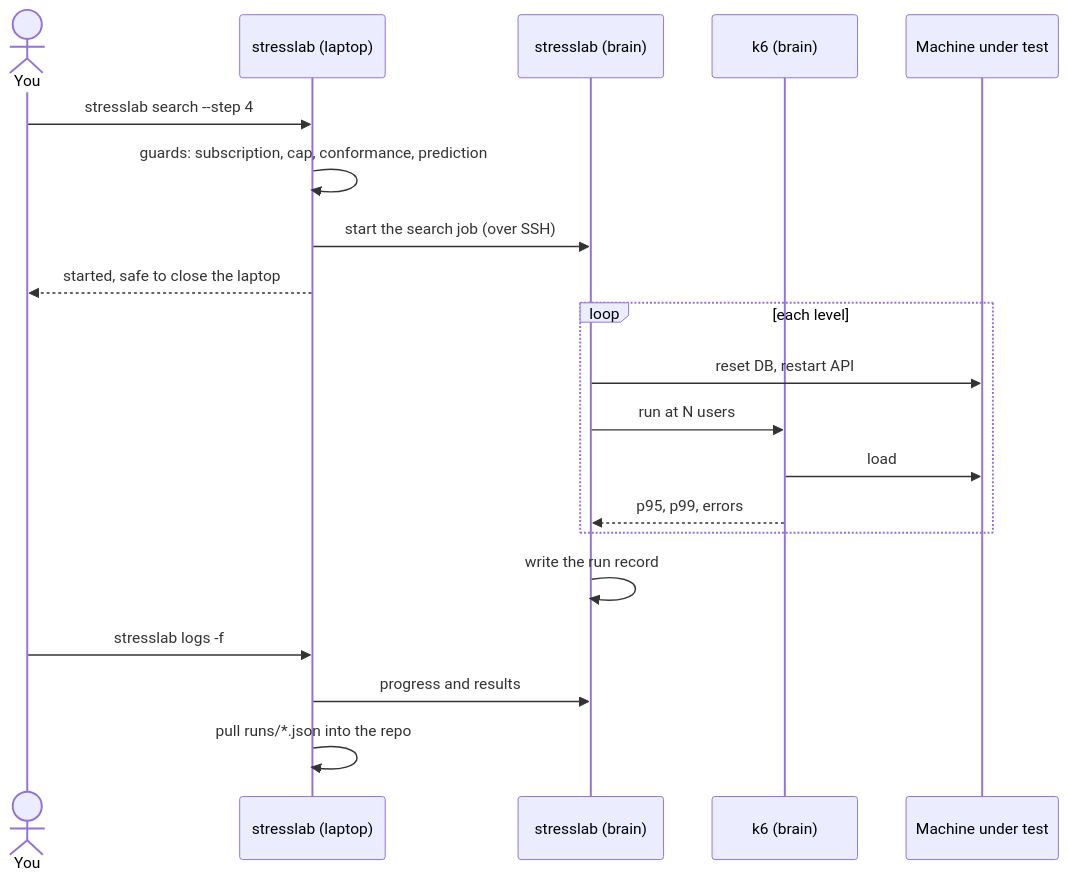
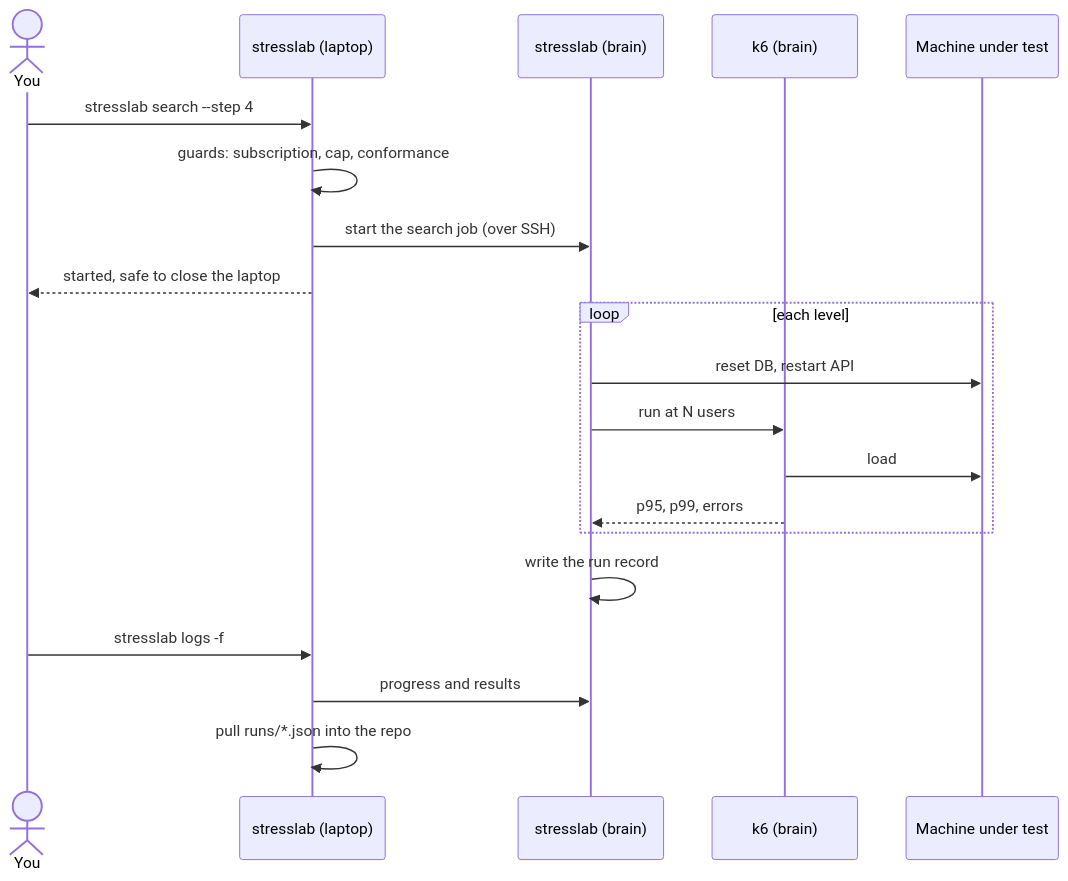
One commit to adssib/StressLab changed the sixth of 6 diagrams in docs/ARCHITECTURE.md. Above: the diagram before and after it, drawn with Mermaid. The commit also changed other lines of this file and 4 other files, not shown here.

First line of the commit message:
docs: roadmap, kafka, overload, full observability, slos

````diff
--- a/docs/ARCHITECTURE.md
+++ b/docs/ARCHITECTURE.md
@@ -229,23 +240,23 @@
 ```mermaid
 sequenceDiagram
   actor You
   participant CLI as stresslab (laptop)
   participant AG as stresslab (brain)
   participant K6 as k6 (brain)
   participant SUT as Machine under test
 
   You->>CLI: stresslab search --step 4
-  CLI->>CLI: guards: subscription, cap, conformance, prediction
+  CLI->>CLI: guards: subscription, cap, conformance
   CLI->>AG: start the search job (over SSH)
   CLI-->>You: started, safe to close the laptop
   loop each level
     AG->>SUT: reset DB, restart API
     AG->>K6: run at N users
     K6->>SUT: load
     K6-->>AG: p95, p99, errors
   end
   AG->>AG: write the run record
   You->>CLI: stresslab logs -f
   CLI->>AG: progress and results
   CLI->>CLI: pull runs/*.json into the repo
 ```
````
